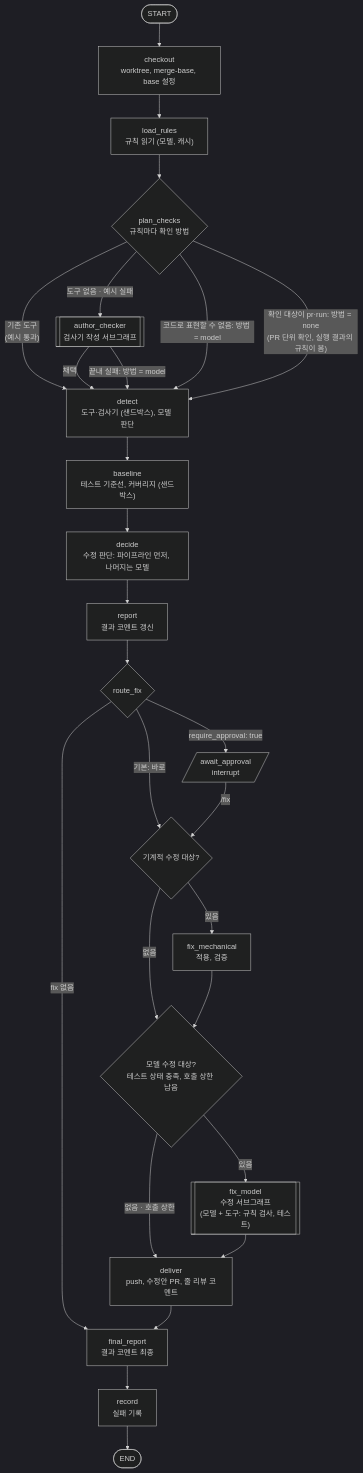
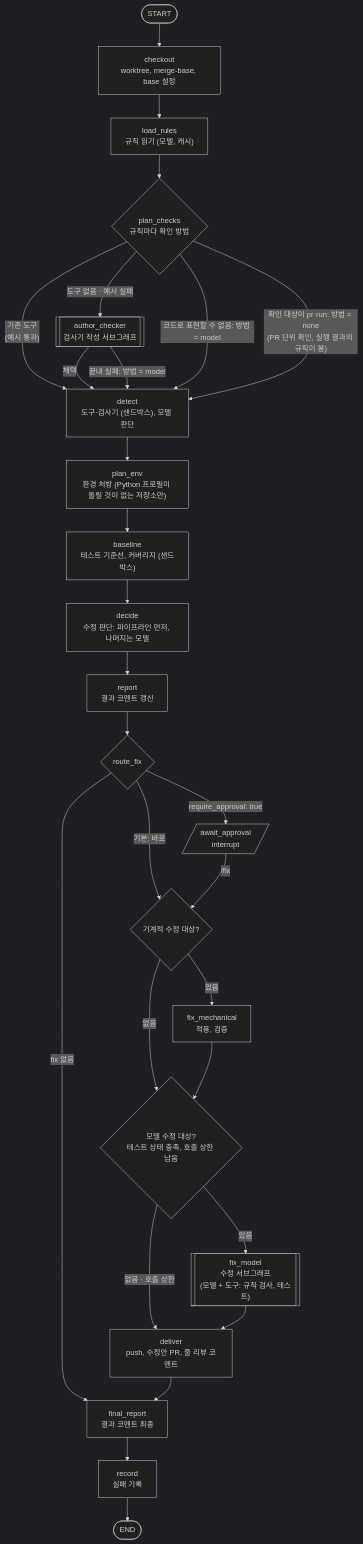
The first of 2 diagrams in docs/design/05-langgraph.md (Eunryong/pr-proof), drawn with Mermaid (dark theme) before and after one commit. The commit also changed other lines of this file and 12 other files, not shown here.

````diff
--- a/docs/design/05-langgraph.md
+++ b/docs/design/05-langgraph.md
@@ -5,29 +5,30 @@
 ```mermaid
 flowchart TD
     S([START]) --> checkout["checkout<br/>worktree, merge-base, base 설정"]
     checkout --> load_rules["load_rules<br/>규칙 읽기 (모델, 캐시)"]
     load_rules --> plan{"plan_checks<br/>규칙마다 확인 방법"}
     plan -->|"기존 도구<br/>(예시 통과)"| detect
     plan -->|"도구 없음 · 예시 실패"| author[["author_checker<br/>검사기 작성 서브그래프"]]
     author -->|"채택"| detect
     author -->|"끝내 실패: 방법 = model"| detect
     plan -->|"코드로 표현할 수 없음: 방법 = model"| detect
     plan -->|"확인 대상이 pr·run: 방법 = none<br/>(PR 단위 확인, 실행 결과의 규칙이 봄)"| detect
-    detect["detect<br/>도구·검사기 (샌드박스), 모델 판단"] --> baseline["baseline<br/>테스트 기준선, 커버리지 (샌드박스)"]
+    detect["detect<br/>도구·검사기 (샌드박스), 모델 판단"] --> plan_env["plan_env<br/>환경 처방 (Python 프로필이 돌릴 것이 없는 저장소만)"]
+    plan_env --> baseline["baseline<br/>테스트 기준선, 커버리지 (샌드박스)"]
     baseline --> decide["decide<br/>수정 판단: 파이프라인 먼저, 나머지는 모델"]
     decide --> report["report<br/>결과 코멘트 갱신"]
     report --> gate{"route_fix"}
     gate -->|"fix 없음"| final
     gate -->|"require_approval: true"| wait[/"await_approval<br/>interrupt"/]
     gate -->|"기본: 바로"| fixm
     wait -->|"/fix"| fixm
     fixm{"기계적 수정 대상?"} -->|"있음"| mech["fix_mechanical<br/>적용, 검증"]
     fixm -->|"없음"| fixa
     mech --> fixa{"모델 수정 대상?<br/>테스트 상태 충족, 호출 상한 남음"}
     fixa -->|"있음"| model[["fix_model<br/>수정 서브그래프<br/>(모델 + 도구: 규칙 검사, 테스트)"]]
     fixa -->|"없음 · 호출 상한"| deliver
     model --> deliver["deliver<br/>push, 수정안 PR, 줄 리뷰 코멘트"]
     deliver --> final["final_report<br/>결과 코멘트 최종"]
     final --> record["record<br/>실패 기록"]
     record --> E([END])
 ```
````
